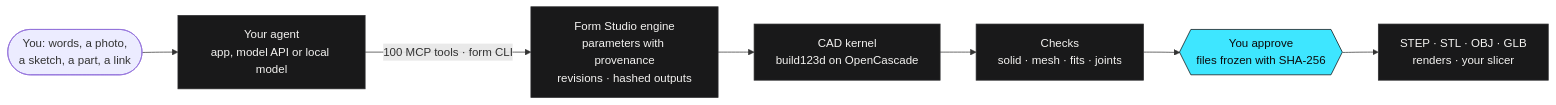
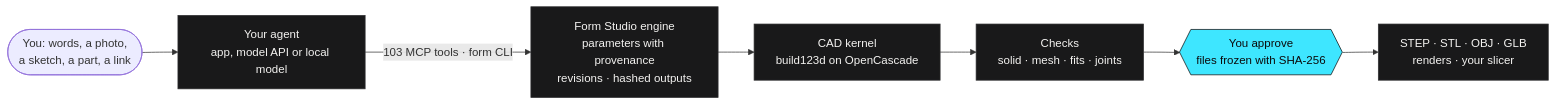
Before and after one commit to kaizensx/form-studio: the diagram in README.md, drawn with Mermaid. The commit also changed other lines of this file and 16 other files, not shown here.

First line of the commit message:
Integrate waves A, B and C: 103 MCP tools; mass, materials and features on the Bench; hand tools in the palette

````diff
--- a/README.md
+++ b/README.md
@@ -86,13 +86,13 @@
 ```mermaid
 flowchart LR
   you(["You: words, a photo,<br/>a sketch, a part, a link"]) --> agent["Your agent<br/>app, model API or local model"]
-  agent -- "100 MCP tools · form CLI" --> engine["Form Studio engine<br/>parameters with provenance<br/>revisions · hashed outputs"]
+  agent -- "103 MCP tools · form CLI" --> engine["Form Studio engine<br/>parameters with provenance<br/>revisions · hashed outputs"]
   engine --> kernel["CAD kernel<br/>build123d on OpenCascade"]
   kernel --> checks["Checks<br/>solid · mesh · fits · joints"]
   checks --> release{{"You approve<br/>files frozen with SHA-256"}}
   release --> out["STEP · STL · OBJ · GLB<br/>renders · your slicer"]
   classDef datum fill:#3ee6ff,stroke:#0b0b0c,color:#0b0b0c
   classDef plate fill:#19191a,stroke:#2f2f31,color:#f4f3f1
   class release datum
   class agent,engine,kernel,checks,out plate
 ```
````
